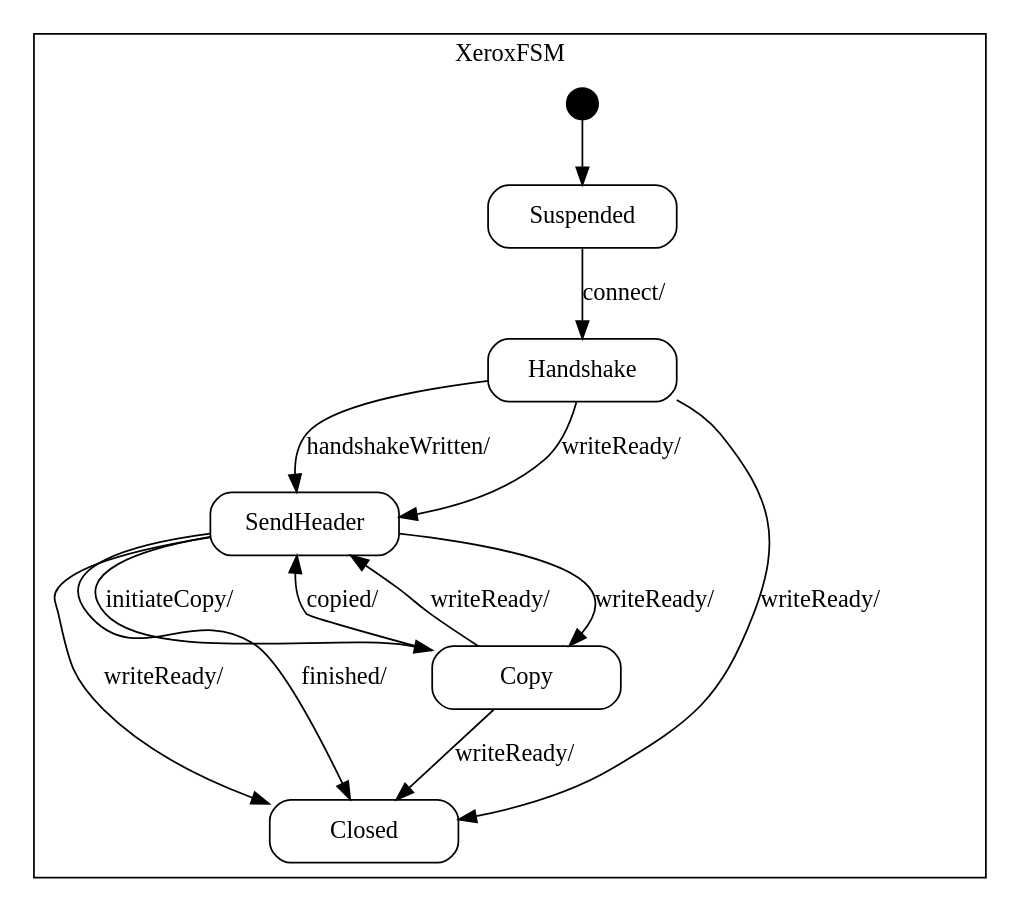
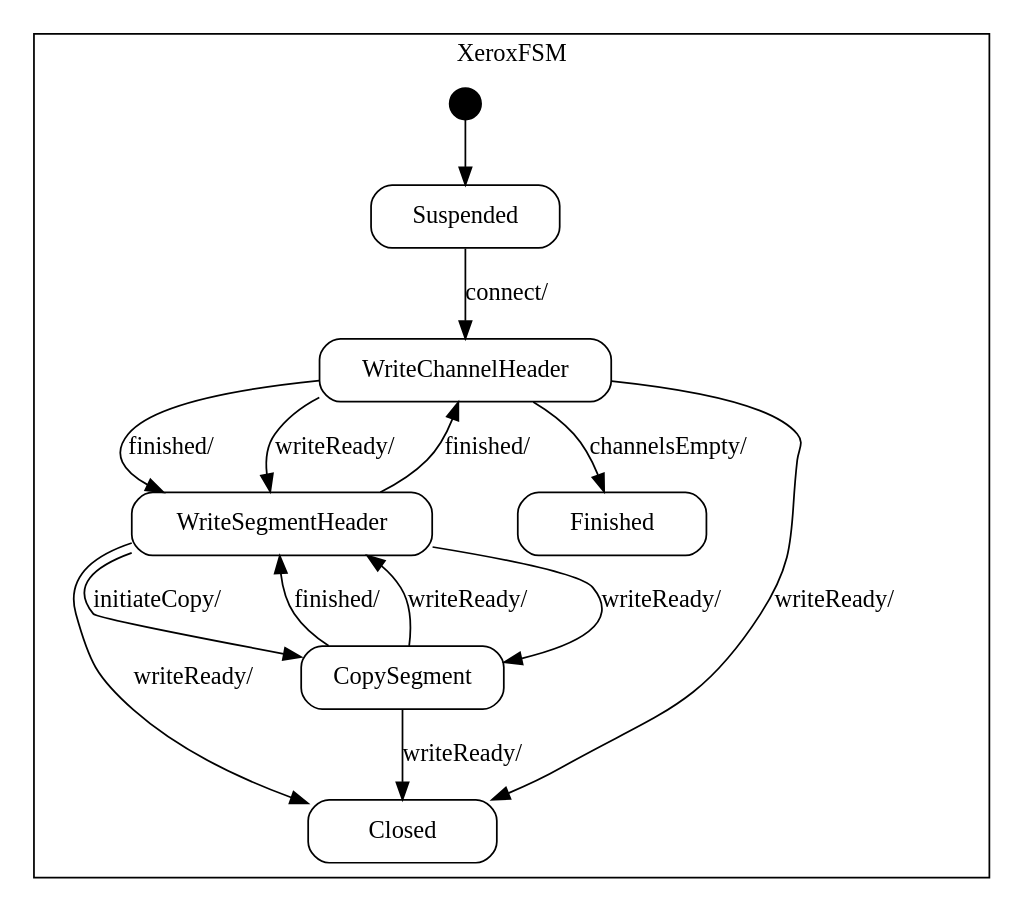
The diagram in spindle/doc/Xerox_sm.dot (vmehra-sfdc/Ouroboros), drawn with Graphviz before and after one commit. The commit also changed 15 other files, not shown here.

Commit message:
Xerox now copies all channels to a given node, not simply dedicated to a single channel's segments.

```diff
--- a/spindle/doc/Xerox_sm.dot
+++ b/spindle/doc/Xerox_sm.dot
@@ -1,72 +1,78 @@
 digraph Xerox_sm {
 
     node
         [shape=Mrecord width=1.5];
 
     subgraph cluster_XeroxFSM {
 
         label="XeroxFSM";
 
         //
         // States (Nodes)
         //
 
         "XeroxFSM::Suspended"
             [label="{Suspended}"];
 
-        "XeroxFSM::Handshake"
-            [label="{Handshake}"];
+        "XeroxFSM::WriteChannelHeader"
+            [label="{WriteChannelHeader}"];
 
-        "XeroxFSM::SendHeader"
-            [label="{SendHeader}"];
+        "XeroxFSM::WriteSegmentHeader"
+            [label="{WriteSegmentHeader}"];
 
-        "XeroxFSM::Copy"
-            [label="{Copy}"];
+        "XeroxFSM::CopySegment"
+            [label="{CopySegment}"];
+
+        "XeroxFSM::Finished"
+            [label="{Finished}"];
 
         "XeroxFSM::Closed"
             [label="{Closed}"];
 
         "%start"
             [label="" shape=circle style=filled fillcolor=black width=0.25];
 
         //
         // Transitions (Edges)
         //
 
-        "XeroxFSM::Suspended" -> "XeroxFSM::Handshake"
+        "XeroxFSM::Suspended" -> "XeroxFSM::WriteChannelHeader"
             [label="connect/\l"];
 
-        "XeroxFSM::Handshake" -> "XeroxFSM::SendHeader"
-            [label="handshakeWritten/\l"];
+        "XeroxFSM::WriteChannelHeader" -> "XeroxFSM::WriteSegmentHeader"
+            [label="finished/\l"];
 
-        "XeroxFSM::Handshake" -> "XeroxFSM::Closed"
+        "XeroxFSM::WriteChannelHeader" -> "XeroxFSM::Closed"
             [label="writeReady/\l"];
 
-        "XeroxFSM::Handshake" -> "XeroxFSM::SendHeader"
+        "XeroxFSM::WriteChannelHeader" -> "XeroxFSM::WriteSegmentHeader"
             [label="writeReady/\l"];
 
-        "XeroxFSM::SendHeader" -> "XeroxFSM::Closed"
+        "XeroxFSM::WriteChannelHeader" -> "XeroxFSM::Finished"
+            [label="channelsEmpty/\l"];
+
+        "XeroxFSM::WriteSegmentHeader" -> "XeroxFSM::Closed"
             [label="writeReady/\l"];
 
-        "XeroxFSM::SendHeader" -> "XeroxFSM::Copy"
+        "XeroxFSM::WriteSegmentHeader" -> "XeroxFSM::CopySegment"
             [label="writeReady/\l"];
 
-        "XeroxFSM::SendHeader" -> "XeroxFSM::Copy"
+        "XeroxFSM::WriteSegmentHeader" -> "XeroxFSM::CopySegment"
             [label="initiateCopy/\l"];
 
-        "XeroxFSM::SendHeader" -> "XeroxFSM::Closed"
+        "XeroxFSM::WriteSegmentHeader" -> "XeroxFSM::WriteChannelHeader"
             [label="finished/\l"];
 
-        "XeroxFSM::Copy" -> "XeroxFSM::SendHeader"
-            [label="copied/\l"];
+        "XeroxFSM::CopySegment" -> "XeroxFSM::WriteSegmentHeader"
+            [label="finished/\l"];
 
-        "XeroxFSM::Copy" -> "XeroxFSM::Closed"
+        "XeroxFSM::CopySegment" -> "XeroxFSM::Closed"
             [label="writeReady/\l"];
 
-        "XeroxFSM::Copy" -> "XeroxFSM::SendHeader"
+        "XeroxFSM::CopySegment" -> "XeroxFSM::WriteSegmentHeader"
             [label="writeReady/\l"];
 
         "%start" -> "XeroxFSM::Suspended"
     }
 
 }
```
